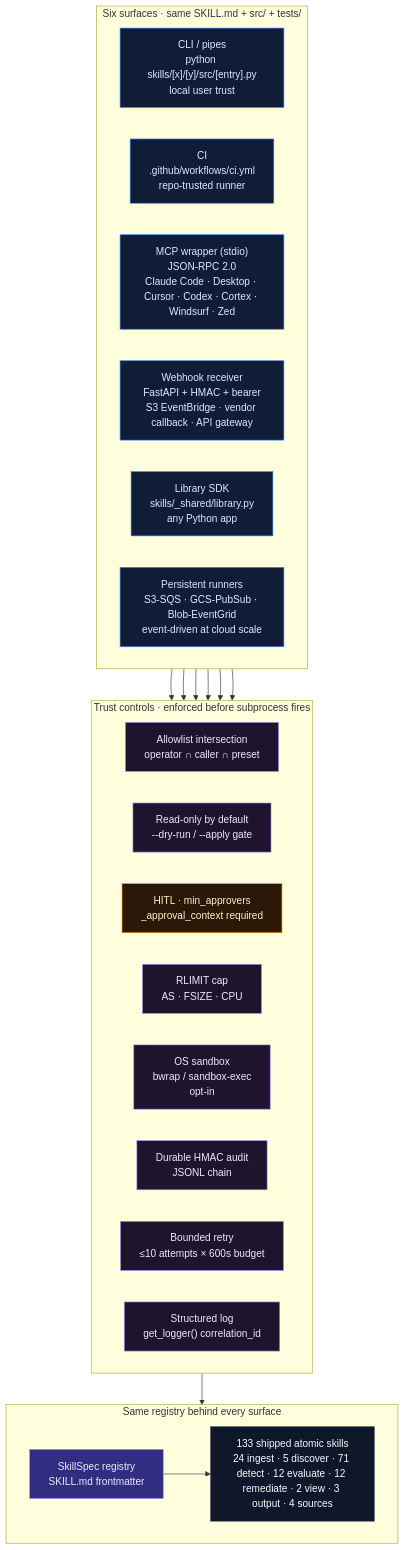
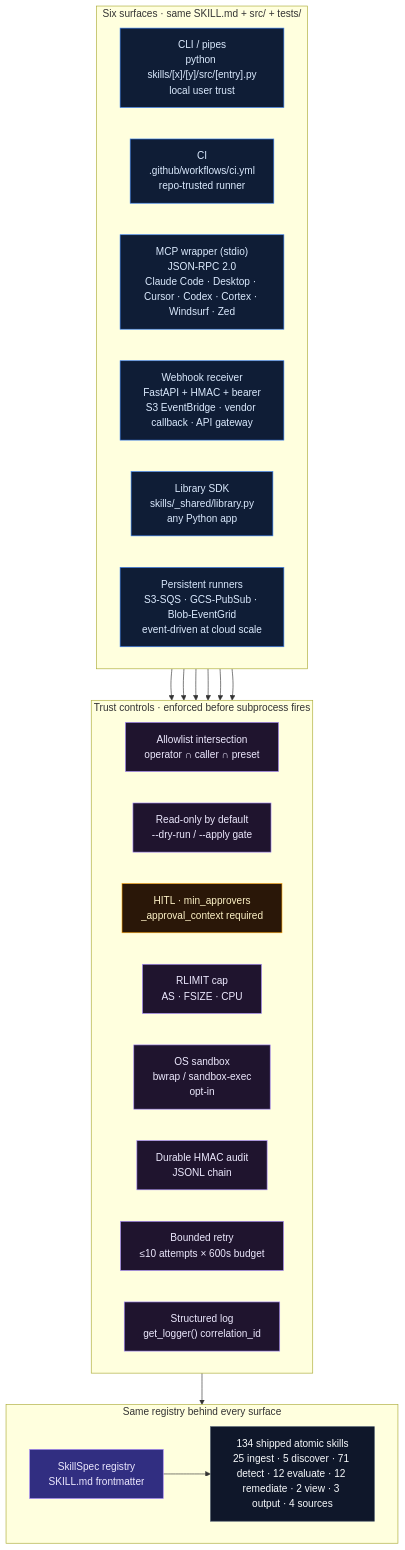
Before and after one commit to msaad00/cloud-ai-security-skills: the diagram in docs/diagrams/surface-comparison.mmd, drawn with Mermaid. The commit also changed 30 other files, not shown here.

```diff
--- a/docs/diagrams/surface-comparison.mmd
+++ b/docs/diagrams/surface-comparison.mmd
@@ -1,48 +1,48 @@
 %% Surface comparison — six shipped surfaces with the same skill bundle
 %% behind every one. Each surface adds its own transport + auth +
 %% guardrail layer; every column converges at the SkillSpec registry
 %% and the 120 atomic skills below it.
 flowchart TD
   classDef surface fill:#0f1d36,stroke:#3b82f6,color:#dbeafe
   classDef control fill:#1f142e,stroke:#a78bfa,color:#ede9fe
   classDef registry fill:#312e81,stroke:#a78bfa,color:#ede9fe
   classDef skills fill:#0f172a,stroke:#475569,color:#f8fafc
   classDef gate fill:#2a1708,stroke:#f59e0b,color:#fef3c7
 
   subgraph SURFACES["Six surfaces · same SKILL.md + src/ + tests/"]
     direction LR
     cli["CLI / pipes<br/>python skills/[x]/[y]/src/[entry].py<br/>local user trust"]:::surface
     ci["CI<br/>.github/workflows/ci.yml<br/>repo-trusted runner"]:::surface
     mcp["MCP wrapper (stdio)<br/>JSON-RPC 2.0<br/>Claude Code · Desktop · Cursor · Codex · Cortex · Windsurf · Zed"]:::surface
     web["Webhook receiver<br/>FastAPI + HMAC + bearer<br/>S3 EventBridge · vendor callback · API gateway"]:::surface
     lib["Library SDK<br/>skills/_shared/library.py<br/>any Python app"]:::surface
     runners["Persistent runners<br/>S3-SQS · GCS-PubSub · Blob-EventGrid<br/>event-driven at cloud scale"]:::surface
   end
 
   subgraph CONTROLS["Trust controls · enforced before subprocess fires"]
     direction LR
     allow["Allowlist intersection<br/>operator ∩ caller ∩ preset"]:::control
     safewrite["Read-only by default<br/>--dry-run / --apply gate"]:::control
     hitl["HITL · min_approvers<br/>_approval_context required"]:::gate
     rlimit["RLIMIT cap<br/>AS · FSIZE · CPU"]:::control
     sandbox["OS sandbox<br/>bwrap / sandbox-exec<br/>opt-in"]:::control
     audit["Durable HMAC audit<br/>JSONL chain"]:::control
     retry["Bounded retry<br/>≤10 attempts × 600s budget"]:::control
     log["Structured log<br/>get_logger() correlation_id"]:::control
   end
 
   subgraph CORE["Same registry behind every surface"]
     direction LR
     registry["SkillSpec registry<br/>SKILL.md frontmatter"]:::registry
-    skills79["133 shipped atomic skills<br/>24 ingest · 5 discover · 71 detect · 12 evaluate · 12 remediate · 2 view · 3 output · 4 sources"]:::skills
+    skills79["134 shipped atomic skills<br/>25 ingest · 5 discover · 71 detect · 12 evaluate · 12 remediate · 2 view · 3 output · 4 sources"]:::skills
   end
 
   cli --> CONTROLS
   ci --> CONTROLS
   mcp --> CONTROLS
   web --> CONTROLS
   lib --> CONTROLS
   runners --> CONTROLS
 
   CONTROLS --> registry
   registry --> skills79
```
